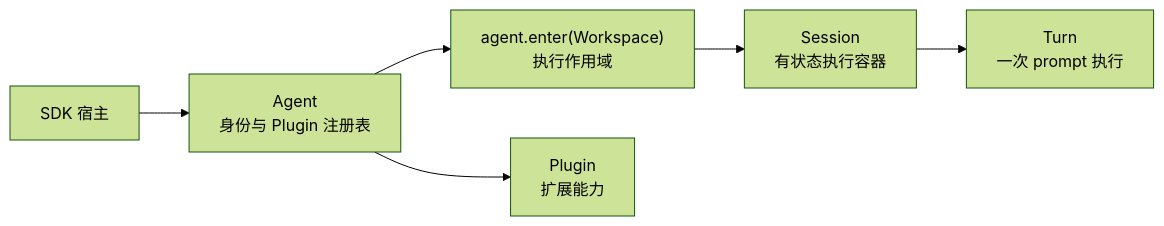
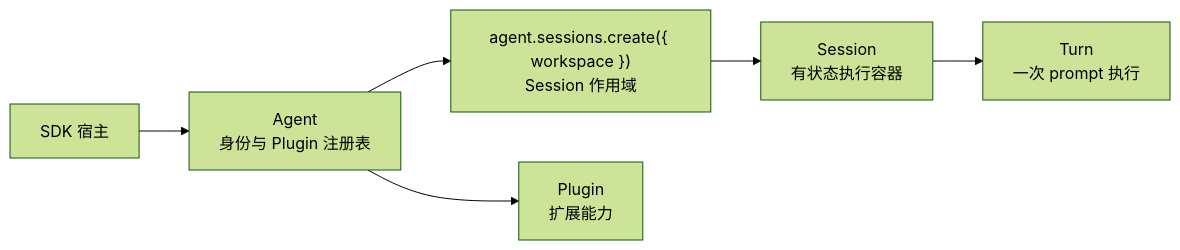
One commit to genesiscosmos/downcity changed the diagram in homepage/content/agent-sdk-docs/zh/index.mdx. Above: the diagram before and after it, drawn with Mermaid (forest theme). The commit also changed other lines of this file and 51 other files, not shown here.

Commit message:
refactor(agent): expose transport with agent workspace selection

````diff
--- a/homepage/content/agent-sdk-docs/zh/index.mdx
+++ b/homepage/content/agent-sdk-docs/zh/index.mdx
@@ -12,8 +12,8 @@
 ```mermaid
 flowchart LR
     Host["SDK 宿主"] --> Agent["Agent<br/>身份与 Plugin 注册表"]
-    Agent --> Workspace["agent.enter(Workspace)<br/>执行作用域"]
+    Agent --> Workspace["agent.sessions.create({ workspace })<br/>Session 作用域"]
     Workspace --> Session["Session<br/>有状态执行容器"]
     Session --> Turn["Turn<br/>一次 prompt 执行"]
     Agent --> Plugin["Plugin<br/>扩展能力"]
 ```
````
